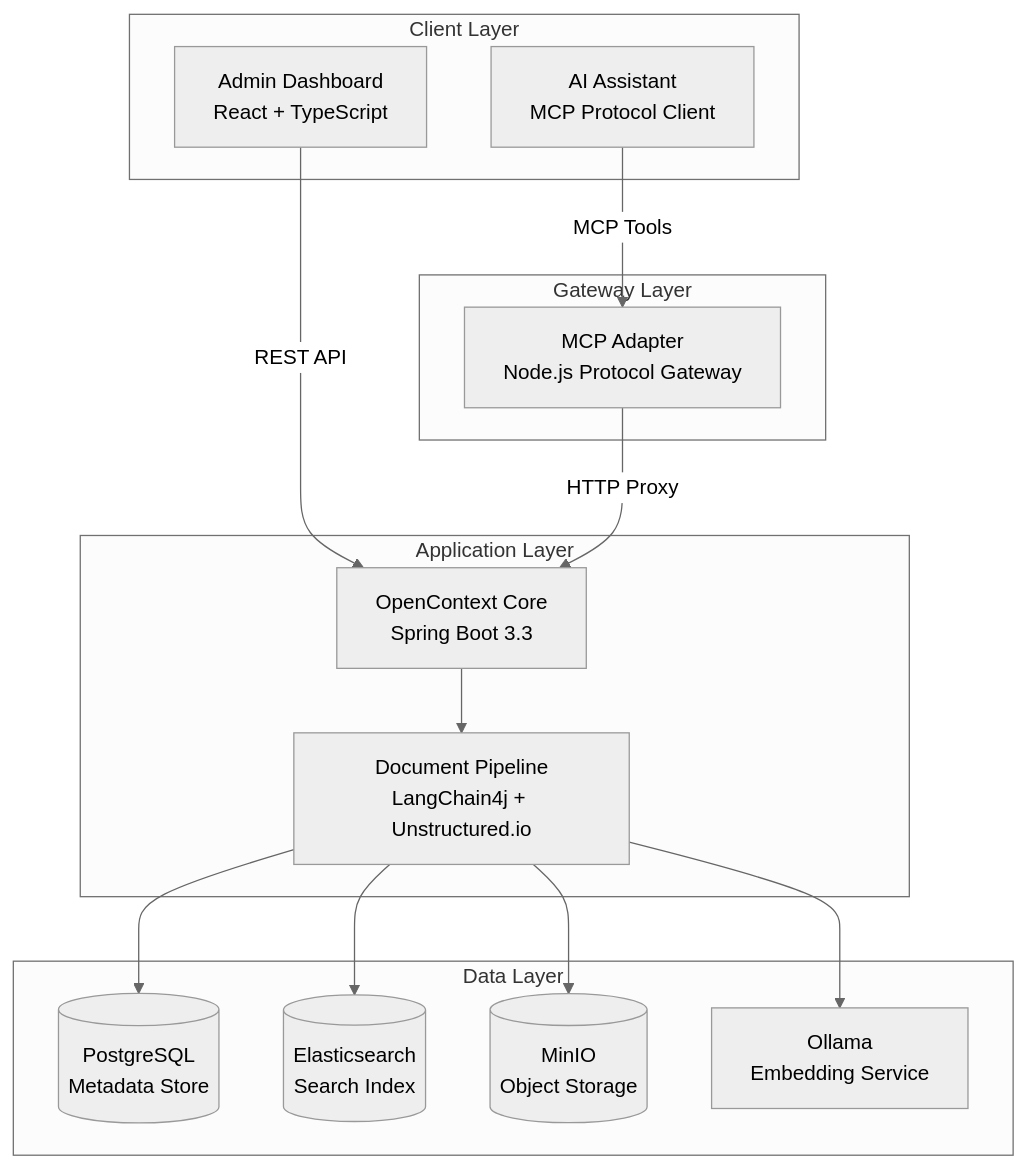
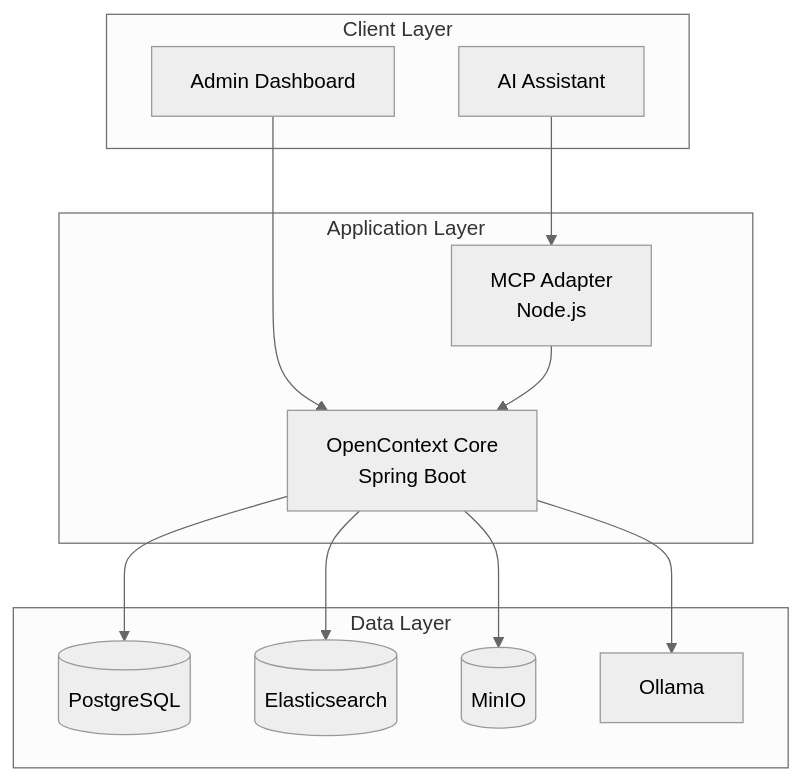
Before and after one commit to OpenContextAI/open-context: the diagram in README.md, drawn with Mermaid (neutral theme). The commit also changed other lines of this file, not shown here.

First line of the commit message:
docs: streamline main README for open source standards

````diff
--- a/README.md
+++ b/README.md
@@ -135,33 +30,27 @@
 ```mermaid
 graph TB
     subgraph "Client Layer"
-        AdminUI[Admin Dashboard<br/>React + TypeScript]
-        AIAssistant[AI Assistant<br/>MCP Protocol Client]
-    end
-    
-    subgraph "Gateway Layer" 
-        MCPAdapter[MCP Adapter<br/>Node.js Protocol Gateway]
+        UI[Admin Dashboard]
+        AI[AI Assistant]
     end
     
     subgraph "Application Layer"
-        Core[OpenContext Core<br/>Spring Boot 3.3]
-        Pipeline[Document Pipeline<br/>LangChain4j + Unstructured.io]
+        Core[OpenContext Core<br/>Spring Boot]
+        MCP[MCP Adapter<br/>Node.js]
     end
     
     subgraph "Data Layer"
-        PostgreSQL[(PostgreSQL<br/>Metadata Store)]
-        Elasticsearch[(Elasticsearch<br/>Search Index)]
-        MinIO[(MinIO<br/>Object Storage)]
-        Ollama[Ollama<br/>Embedding Service]
+        PG[(PostgreSQL)]
+        ES[(Elasticsearch)]
+        MinIO[(MinIO)]
+        Ollama[Ollama]
     end
     
-    AdminUI -->|REST API| Core
-    AIAssistant -->|MCP Tools| MCPAdapter
-    MCPAdapter -->|HTTP Proxy| Core
-    
-    Core --> Pipeline
-    Pipeline --> PostgreSQL
-    Pipeline --> Elasticsearch
-    Pipeline --> MinIO
-    Pipeline --> Ollama
+    UI --> Core
+    AI --> MCP
+    MCP --> Core
+    Core --> PG
+    Core --> ES
+    Core --> MinIO
+    Core --> Ollama
 ```
````
